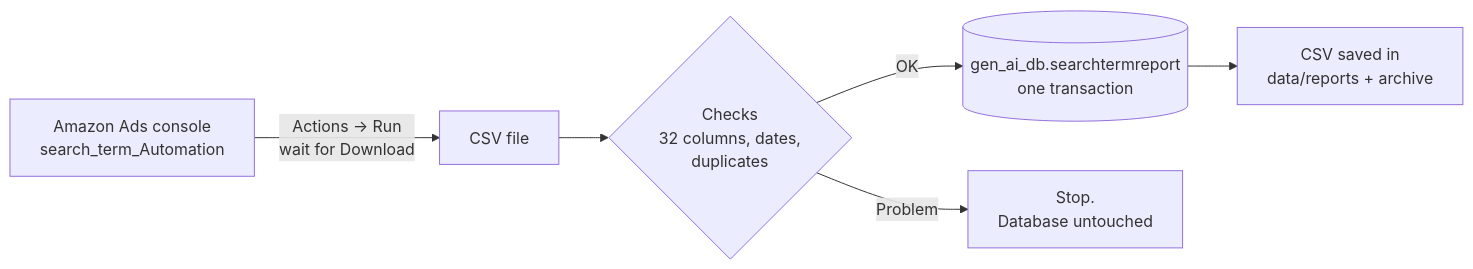
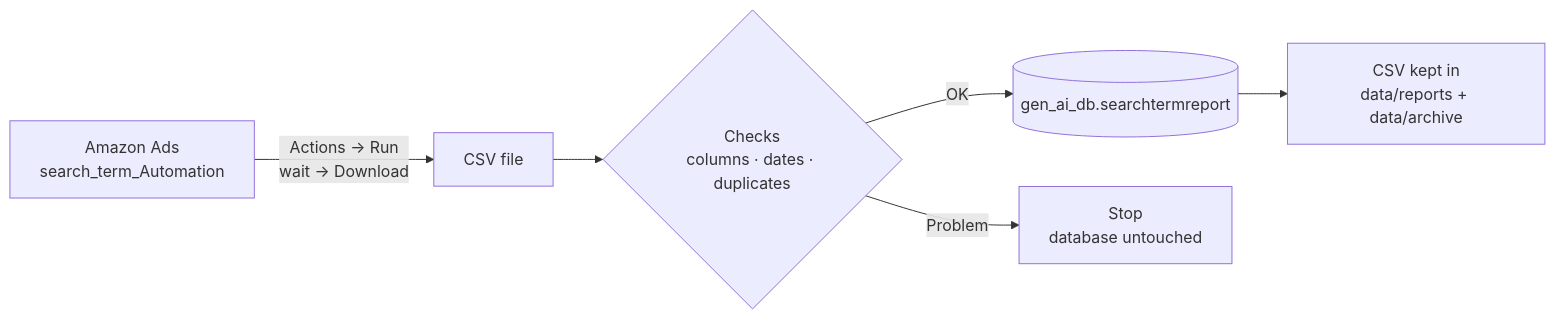
The diagram in README.md (automationitrendsolution/Amazon-ad-search-term-automation), drawn with Mermaid before and after one commit. The commit also changed other lines of this file, not shown here.

````diff
--- a/README.md
+++ b/README.md
@@ -47,8 +46,8 @@
 ```mermaid
 flowchart LR
-    A[Amazon Ads console<br/>search_term_Automation] -->|Actions → Run<br/>wait for Download| B[CSV file]
-    B --> C{Checks<br/>32 columns, dates,<br/>duplicates}
-    C -->|OK| E[(gen_ai_db.searchtermreport<br/>one transaction)]
-    C -->|Problem| X[Stop.<br/>Database untouched]
-    E --> F[CSV saved in<br/>data/reports + archive]
+    A[Amazon Ads<br/>search_term_Automation] -->|Actions → Run<br/>wait → Download| B[CSV file]
+    B --> C{Checks<br/>columns · dates · duplicates}
+    C -->|OK| D[(gen_ai_db.searchtermreport)]
+    C -->|Problem| X[Stop<br/>database untouched]
+    D --> E[CSV kept in<br/>data/reports + data/archive]
 ```
````
